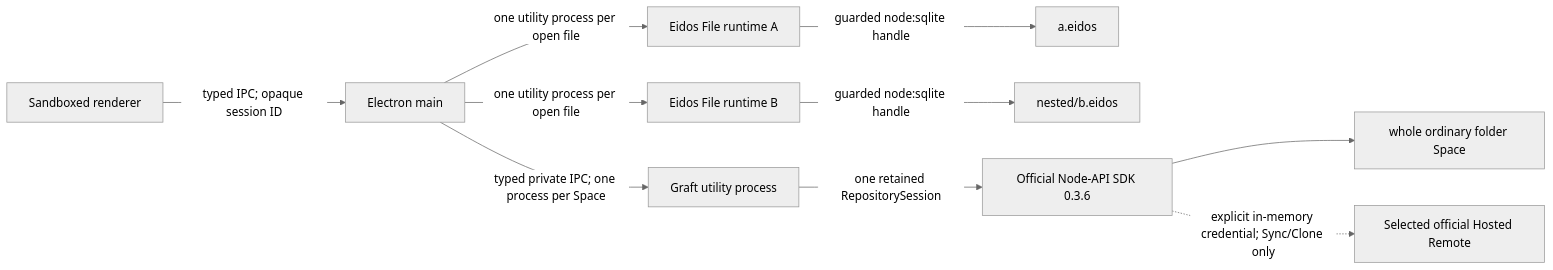
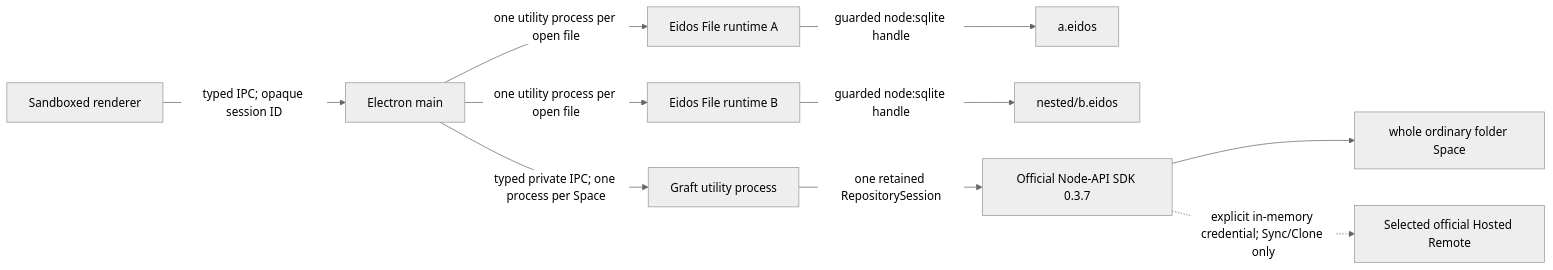
One commit to mayneyao/eidos changed the first of 2 diagrams in apps/eidos-lite-desktop/docs/ARCHITECTURE.md. Above: the diagram before and after it, drawn with Mermaid (neutral theme). The commit also changed other lines of this file and 8 other files, not shown here.

````diff
--- a/apps/eidos-lite-desktop/docs/ARCHITECTURE.md
+++ b/apps/eidos-lite-desktop/docs/ARCHITECTURE.md
@@ -59,12 +59,12 @@
 ```mermaid
 flowchart LR
   R["Sandboxed renderer"] -->|"typed IPC; opaque session ID"| M["Electron main"]
   M -->|"one utility process per open file"| F1["Eidos File runtime A"]
   M -->|"one utility process per open file"| F2["Eidos File runtime B"]
   F1 -->|"guarded node:sqlite handle"| E1["a.eidos"]
   F2 -->|"guarded node:sqlite handle"| E2["nested/b.eidos"]
   M -->|"typed private IPC; one process per Space"| G["Graft utility process"]
-  G -->|"one retained RepositorySession"| N["Official Node-API SDK 0.3.6"]
+  G -->|"one retained RepositorySession"| N["Official Node-API SDK 0.3.7"]
   N --> S["whole ordinary folder Space"]
   N -. "explicit in-memory credential; Sync/Clone only" .-> H["Selected official Hosted Remote"]
 ```
````
